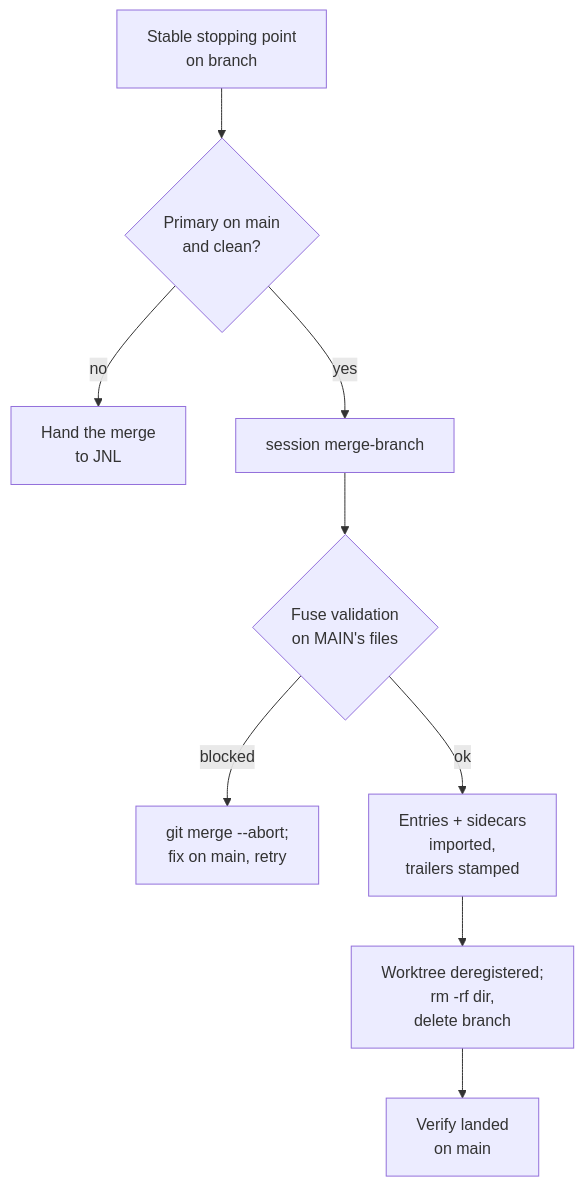
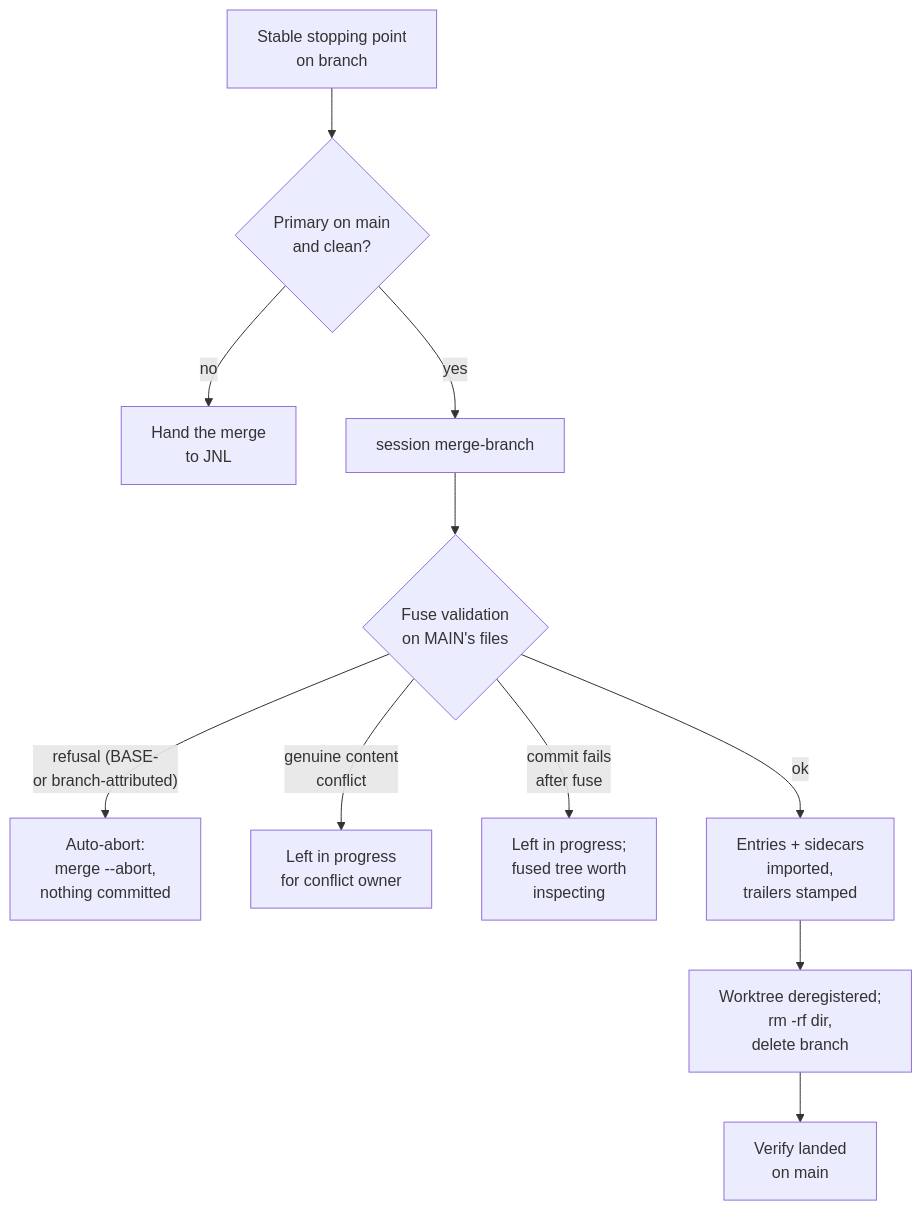
One commit to jnl-tshi/memory-seed changed the eighth of 8 diagrams in docs/1_Inbox/agent-interaction-storylines-review.md. Above: the diagram before and after it, drawn with Mermaid. The commit also changed other lines of this file and 7 other files, not shown here.

````diff
--- a/docs/1_Inbox/agent-interaction-storylines-review.md
+++ b/docs/1_Inbox/agent-interaction-storylines-review.md
@@ -378,11 +409,13 @@
 ```mermaid
 flowchart TD
     A["Stable stopping point<br/>on branch"] --> B{"Primary on main<br/>and clean?"}
     B -- no --> C["Hand the merge<br/>to JNL"]
     B -- yes --> D["session merge-branch"]
     D --> E{"Fuse validation<br/>on MAIN's files"}
-    E -- blocked --> F["git merge --abort;<br/>fix on main, retry"]
-    E -- ok --> G["Entries + sidecars<br/>imported,<br/>trailers stamped"]
-    G --> H["Worktree deregistered;<br/>rm -rf dir,<br/>delete branch"]
-    H --> I["Verify landed<br/>on main"]
+    E -- "refusal (BASE-<br/>or branch-attributed)" --> F["Auto-abort:<br/>merge --abort,<br/>nothing committed"]
+    E -- "genuine content<br/>conflict" --> G["Left in progress<br/>for conflict owner"]
+    E -- "commit fails<br/>after fuse" --> H["Left in progress;<br/>fused tree worth<br/>inspecting"]
+    E -- ok --> I["Entries + sidecars<br/>imported,<br/>trailers stamped"]
+    I --> J["Worktree deregistered;<br/>rm -rf dir,<br/>delete branch"]
+    J --> K["Verify landed<br/>on main"]
 ```
````
